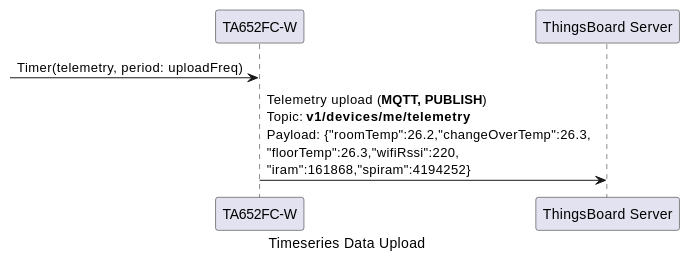
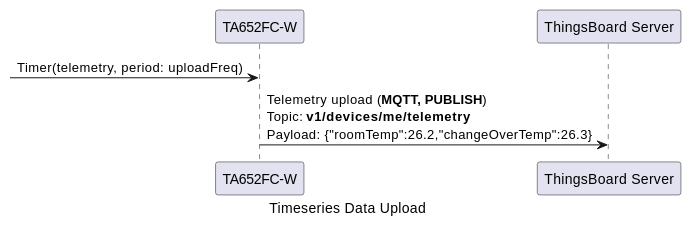
The second of 17 diagrams in docs/device/ta652fc-w/ta652fc-w-mqtt-api.rst (avantec-iot/avantec-thingsboard), drawn with PlantUML before and after one commit. The commit also changed other lines of this file, not shown here.

```diff
--- a/docs/device/ta652fc-w/ta652fc-w-mqtt-api.rst
+++ b/docs/device/ta652fc-w/ta652fc-w-mqtt-api.rst
@@ -79,10 +81,10 @@
   .. uml::
 
     caption  Timeseries Data Upload
 
     participant "TA652FC-W" as TBDev order 10
-    participant "ThingsBoard Server"  as TBSrv order 20 
+    participant "ThingsBoard Server"  as TBSrv order 20
 
 
     [-> TBDev: Timer(telemetry, period: uploadFreq)
-    TBDev -> TBSrv: Telemetry upload (**MQTT, PUBLISH**) \nTopic: **v1/devices/me/telemetry** \nPayload: {"roomTemp":26.2,"changeOverTemp":26.3,\n"floorTemp":26.3,"wifiRssi":220,\n"iram":161868,"spiram":4194252}
+    TBDev -> TBSrv: Telemetry upload (**MQTT, PUBLISH**) \nTopic: **v1/devices/me/telemetry** \nPayload: {"roomTemp":26.2,"changeOverTemp":26.3}
```
